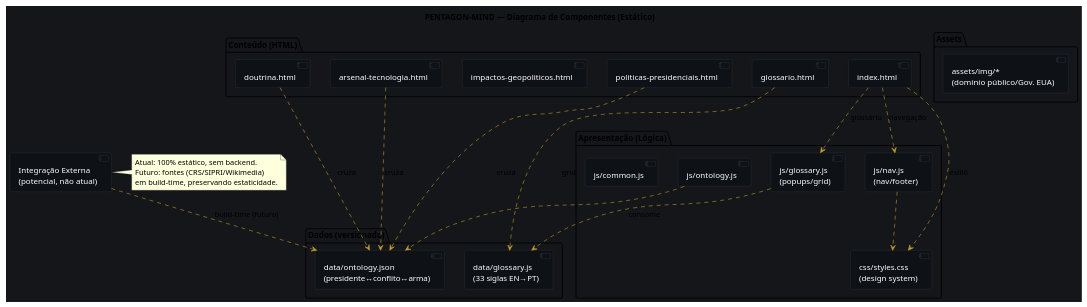
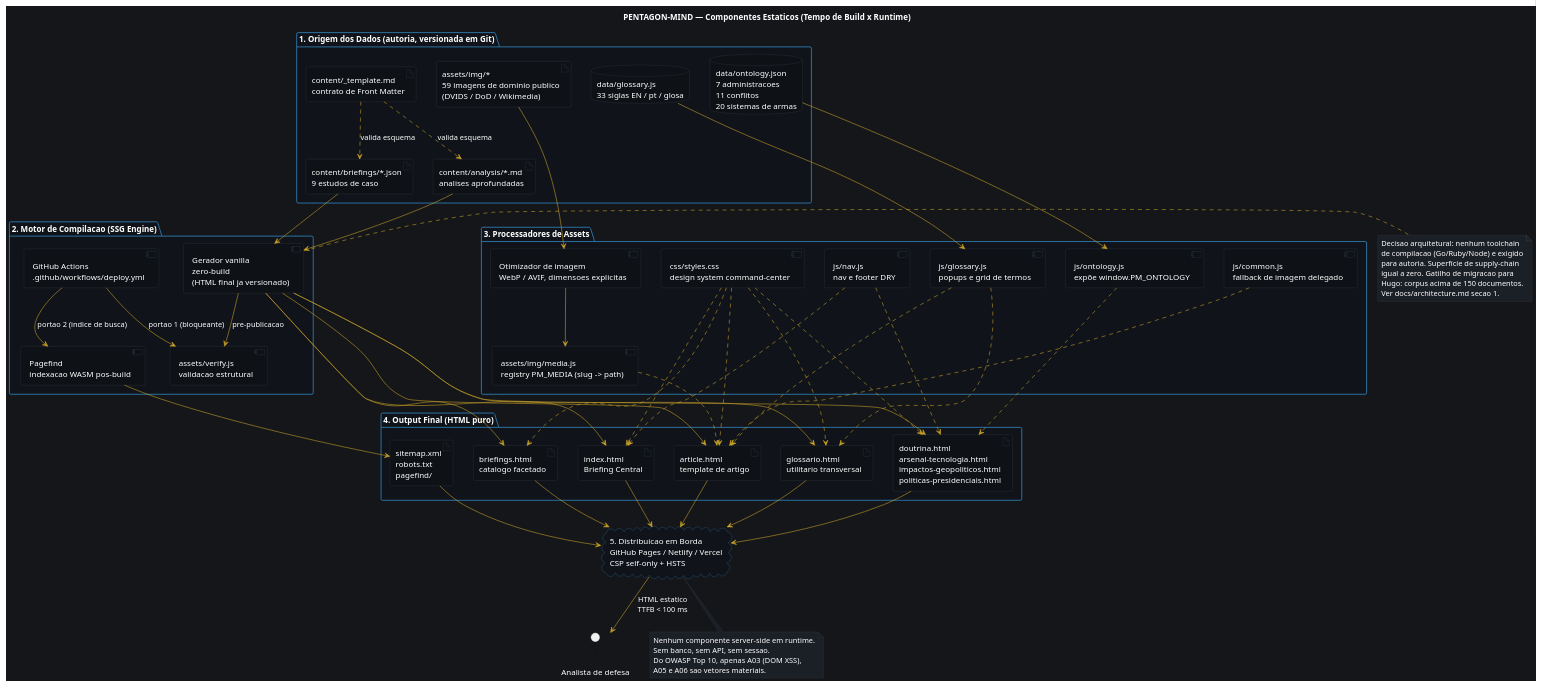
One commit to marceloacaci/pentagon-mind changed the diagram in docs/uml/component-diagram.puml. Above: the diagram before and after it, drawn with PlantUML. The commit also changed 24 other files, not shown here.

```diff
--- a/docs/uml/component-diagram.puml
+++ b/docs/uml/component-diagram.puml
@@ -1,59 +1,124 @@
-@startuml
-title PENTAGON-MIND — Diagrama de Componentes (Estático)
+@startuml component-diagram
+title PENTAGON-MIND — Componentes Estaticos (Tempo de Build x Runtime)
 
 skinparam backgroundColor #14161a
-skinparam defaultTextColor #ffffff
-skinparam component {
-  BackgroundColor #0e1116
-  BorderColor #3a4049
-  FontColor #ffffff
-}
-skinparam arrowColor #c9a227
+skinparam defaultFontName "Segoe UI"
+skinparam defaultFontColor #ffffff
+skinparam ArrowColor #c9a227
+skinparam shadowing false
+skinparam ComponentBackgroundColor #0e1116
+skinparam ComponentBorderColor #3a4049
+skinparam ComponentFontColor #ffffff
+skinparam DatabaseBackgroundColor #0e1116
+skinparam DatabaseBorderColor #3a4049
+skinparam DatabaseFontColor #ffffff
+skinparam ArtifactBackgroundColor #0e1116
+skinparam ArtifactBorderColor #3a4049
+skinparam ArtifactFontColor #ffffff
+skinparam CloudBackgroundColor #10141a
+skinparam CloudBorderColor #2f7fb5
+skinparam CloudFontColor #ffffff
+skinparam PackageBackgroundColor #10141a
+skinparam PackageBorderColor #2f7fb5
+skinparam PackageFontColor #ffffff
+skinparam NoteBackgroundColor #1b1f26
+skinparam NoteBorderColor #3a4049
+skinparam NoteFontColor #ffffff
 
-package "Conteúdo (HTML)" {
-  [index.html] as IDX
-  [doutrina.html] as DTR
-  [arsenal-tecnologia.html] as ARS
-  [impactos-geopoliticos.html] as GEO
-  [politicas-presidenciais.html] as POL
-  [glossario.html] as GLO
+package "1. Origem dos Dados (autoria, versionada em Git)" {
+  artifact "content/briefings/*.json\n9 estudos de caso" as CBR
+  artifact "content/analysis/*.md\nanalises aprofundadas" as CAN
+  artifact "content/_template.md\ncontrato de Front Matter" as CTP
+  database "data/glossary.js\n33 siglas EN / pt / glosa" as DGL
+  database "data/ontology.json\n7 administracoes\n11 conflitos\n20 sistemas de armas" as DON
+  artifact "assets/img/*\n59 imagens de dominio publico\n(DVIDS / DoD / Wikimedia)" as IMG
 }
 
-package "Dados (versionado)" {
-  [data/glossary.js\n(33 siglas EN→PT)] as GL
-  [data/ontology.json\n(presidente↔conflito↔arma)] as ON
+package "2. Motor de Compilacao (SSG Engine)" {
+  component "Gerador vanilla\nzero-build\n(HTML final ja versionado)" as GEN
+  component "assets/verify.js\nvalidacao estrutural" as VER
+  component "Pagefind\nindexacao WASM pos-build" as PGF
+  component "GitHub Actions\n.github/workflows/deploy.yml" as CI
 }
 
-package "Apresentação (Lógica)" {
-  [css/styles.css\n(design system)] as CSS
-  [js/nav.js\n(nav/footer)] as NAV
-  [js/glossary.js\n(popups/grid)] as GJS
-  [js/ontology.js] as OJS
-  [js/common.js] as CJS
+package "3. Processadores de Assets" {
+  component "css/styles.css\ndesign system command-center" as CSS
+  component "js/nav.js\nnav e footer DRY" as JNV
+  component "js/glossary.js\npopups e grid de termos" as JGL
+  component "js/ontology.js\nexpõe window.PM_ONTOLOGY" as JON
+  component "js/common.js\nfallback de imagem delegado" as JCM
+  component "assets/img/media.js\nregistry PM_MEDIA (slug -> path)" as JMD
+  component "Otimizador de imagem\nWebP / AVIF, dimensoes explicitas" as OPT
 }
 
-package "Assets" {
-  [assets/img/*\n(domínio público/Gov. EUA)] as IMG
+package "4. Output Final (HTML puro)" {
+  artifact "index.html\nBriefing Central" as OIDX
+  artifact "briefings.html\ncatalogo facetado" as OCAT
+  artifact "article.html\ntemplate de artigo" as OART
+  artifact "doutrina.html\narsenal-tecnologia.html\nimpactos-geopoliticos.html\npoliticas-presidenciais.html" as OSEC
+  artifact "glossario.html\nutilitario transversal" as OGLO
+  artifact "sitemap.xml\nrobots.txt\npagefind/" as OSEO
 }
 
-IDX ..> CSS : estilo
-IDX ..> NAV : navegação
-IDX ..> GJS : glossário
-GJS ..> GL : consome
-DTR ..> ON : cruza
-ARS ..> ON : cruza
-POL ..> ON : cruza
-GLO ..> GL : grid
-NAV ..> CSS
-OJS ..> ON
+cloud "5. Distribuicao em Borda\nGitHub Pages / Netlify / Vercel\nCSP self-only + HSTS" as CDN
 
-[Integração Externa\n(potencial, não atual)] as EXT
-EXT ..> ON : build-time (futuro)
+actor "Analista de defesa" as USR
 
-note right of EXT
-  Atual: 100% estático, sem backend.
-  Futuro: fontes (CRS/SIPRI/Wikimedia)
-  em build-time, preservando estaticidade.
+CBR  --> GEN
+CAN  --> GEN
+CTP  ..> CBR : valida esquema
+CTP  ..> CAN : valida esquema
+DGL  --> JGL
+DON  --> JON
+IMG  --> OPT
+OPT  --> JMD
+
+GEN  --> VER : pre-publicacao
+CI   --> VER : portao 1 (bloqueante)
+CI   --> PGF : portao 2 (indice de busca)
+
+GEN  --> OIDX
+GEN  --> OCAT
+GEN  --> OART
+GEN  --> OSEC
+GEN  --> OGLO
+PGF  --> OSEO
+
+CSS  ..> OIDX
+CSS  ..> OCAT
+CSS  ..> OART
+CSS  ..> OSEC
+CSS  ..> OGLO
+JNV  ..> OIDX
+JNV  ..> OSEC
+JGL  ..> OART
+JGL  ..> OGLO
+JON  ..> OSEC
+JCM  ..> OART
+JMD  ..> OART
+
+OIDX --> CDN
+OCAT --> CDN
+OART --> CDN
+OSEC --> CDN
+OGLO --> CDN
+OSEO --> CDN
+CDN  --> USR : HTML estatico\nTTFB < 100 ms
+
+note right of GEN
+  Decisao arquitetural: nenhum toolchain
+  de compilacao (Go/Ruby/Node) e exigido
+  para autoria. Superfície de supply-chain
+  igual a zero. Gatilho de migracao para
+  Hugo: corpus acima de 150 documentos.
+  Ver docs/architecture.md secao 1.
+end note
+
+note bottom of CDN
+  Nenhum componente server-side em runtime.
+  Sem banco, sem API, sem sessao.
+  Do OWASP Top 10, apenas A03 (DOM XSS),
+  A05 e A06 sao vetores materiais.
 end note
 
 @enduml
```
